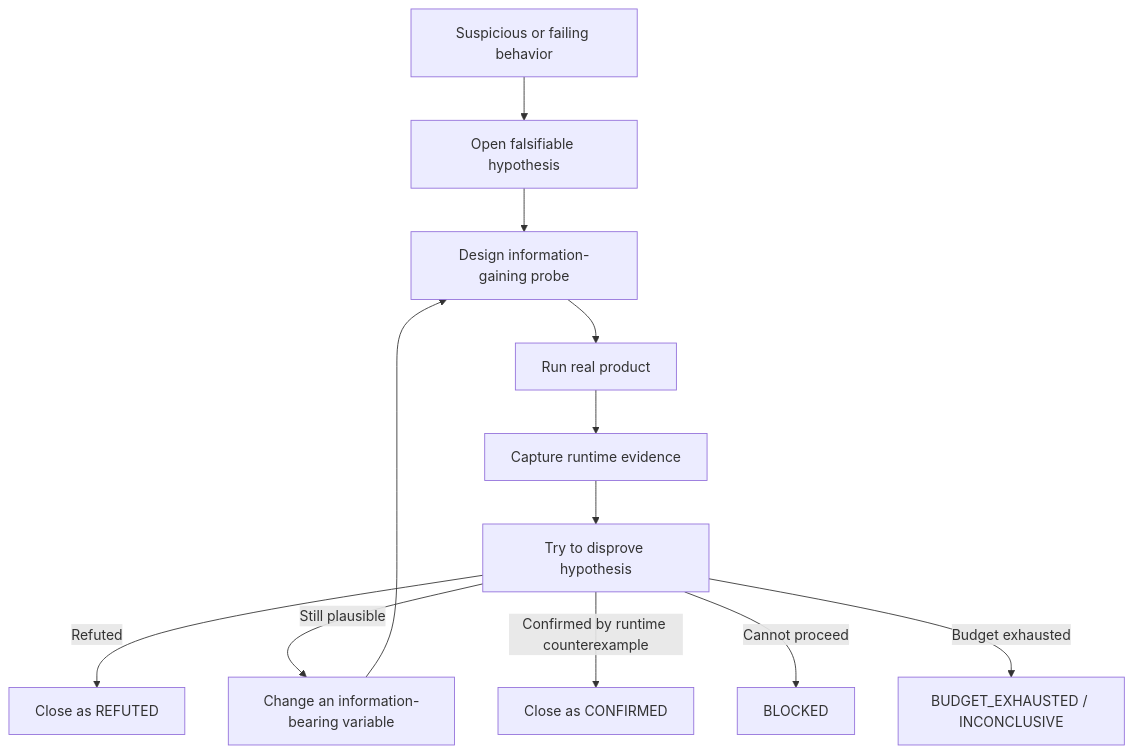
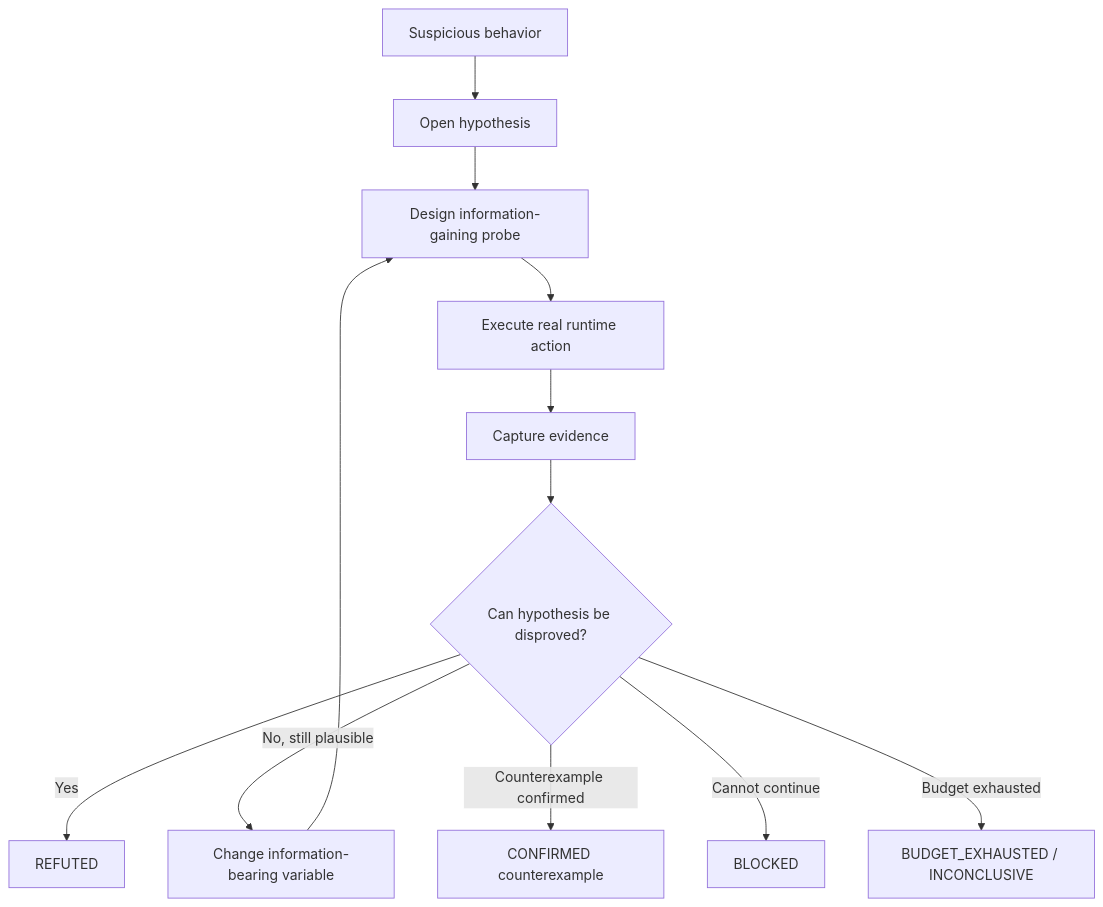
Before and after one commit to saltless-bruh/runtime-feature-falsifier: the sixth of 7 diagrams in README.md, drawn with Mermaid. The commit also changed other lines of this file and 180 other files, not shown here.

````diff
--- a/README.md
+++ b/README.md
@@ -179,14 +726,21 @@
 ```mermaid
 flowchart TD
-    A[Suspicious or failing behavior] --> B[Open falsifiable hypothesis]
-    B --> C[Design information-gaining probe]
-    C --> D[Run real product]
-    D --> E[Capture runtime evidence]
-    E --> F[Try to disprove hypothesis]
-    F -->|Refuted| G[Close as REFUTED]
-    F -->|Still plausible| H[Change an information-bearing variable]
-    H --> C
-    F -->|Confirmed by runtime counterexample| I[Close as CONFIRMED]
-    F -->|Cannot proceed| J[BLOCKED]
-    F -->|Budget exhausted| K[BUDGET_EXHAUSTED / INCONCLUSIVE]
+    A[Suspicious behavior]
+    B[Open hypothesis]
+    C[Design information-gaining probe]
+    D[Execute real runtime action]
+    E[Capture evidence]
+    F{Can hypothesis be disproved?}
+    G[REFUTED]
+    H[Change information-bearing variable]
+    I[CONFIRMED counterexample]
+    J[BLOCKED]
+    K[BUDGET_EXHAUSTED / INCONCLUSIVE]
+
+    A --> B --> C --> D --> E --> F
+    F -->|Yes| G
+    F -->|No, still plausible| H --> C
+    F -->|Counterexample confirmed| I
+    F -->|Cannot continue| J
+    F -->|Budget exhausted| K
 ```
````
